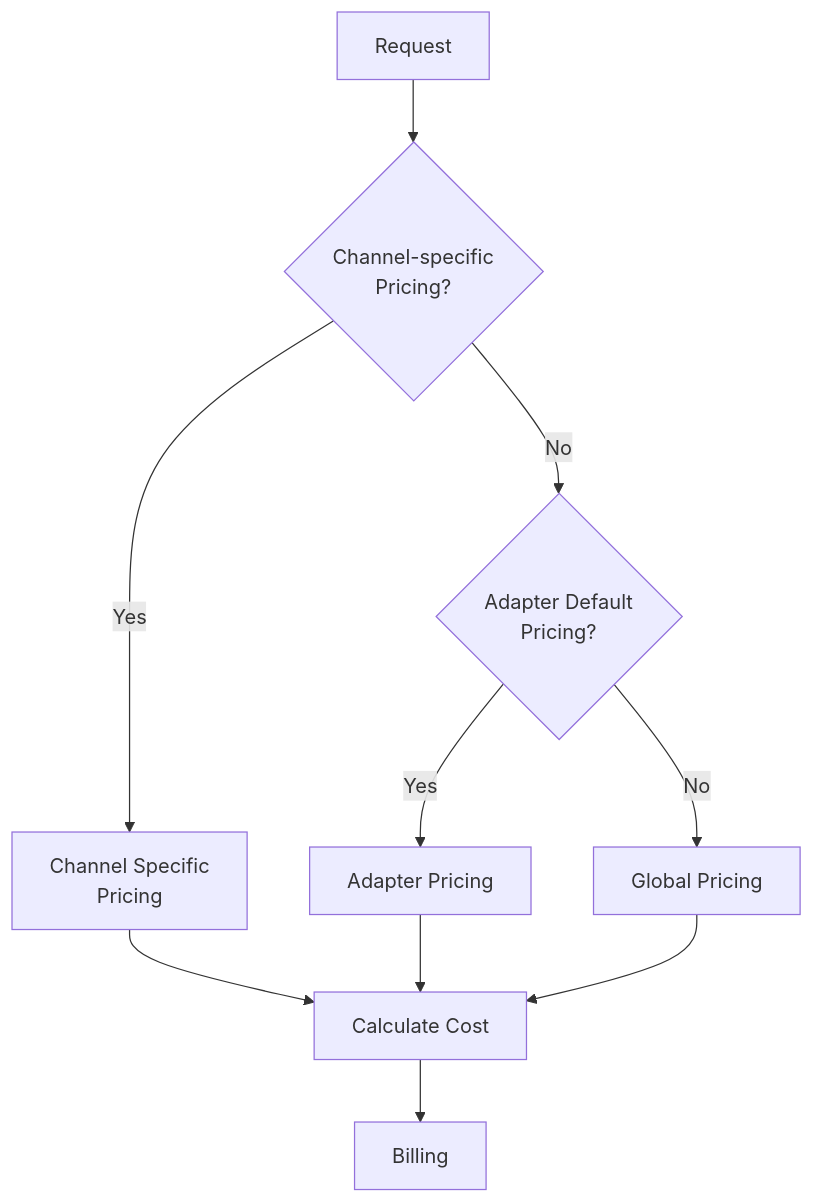
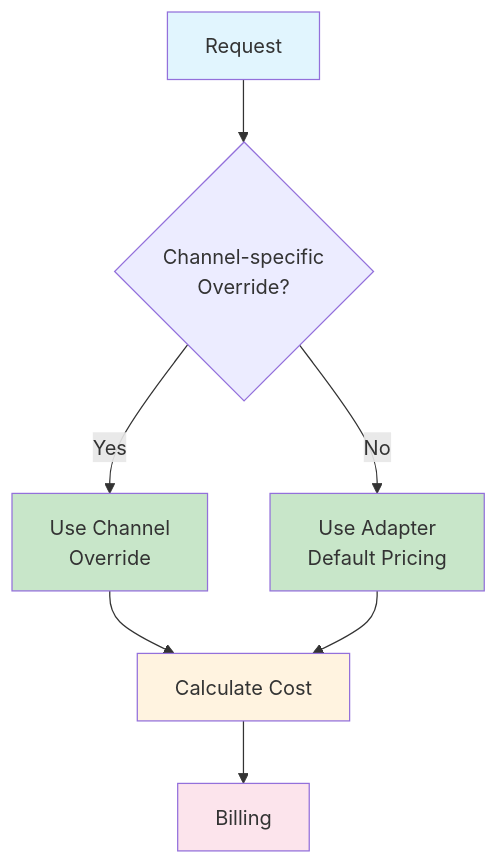
One commit to maru7777/one-api changed the third of 9 diagrams in docs/arch/billing.md. Above: the diagram before and after it, drawn with Mermaid. The commit also changed other lines of this file and 6 other files, not shown here.

````diff
--- a/docs/arch/billing.md
+++ b/docs/arch/billing.md
@@ -219,14 +225,17 @@
 ```mermaid
 graph TD
-    REQ[Request] --> CCP{Channel-specific<br/>Pricing?}
-    CCP -->|Yes| CSP[Channel Specific<br/>Pricing]
-    CCP -->|No| ADP{Adapter Default<br/>Pricing?}
-    ADP -->|Yes| ADAP[Adapter Pricing]
-    ADP -->|No| GP[Global Pricing]
+    REQ[Request] --> CCP{Channel-specific<br/>Override?}
+    CCP -->|Yes| CSP[Use Channel<br/>Override]
+    CCP -->|No| ADP[Use Adapter<br/>Default Pricing]
 
     CSP --> CALC[Calculate Cost]
-    ADAP --> CALC
-    GP --> CALC
+    ADP --> CALC
 
     CALC --> BILL[Billing]
+
+    style REQ fill:#e1f5fe
+    style CSP fill:#c8e6c9
+    style ADP fill:#c8e6c9
+    style CALC fill:#fff3e0
+    style BILL fill:#fce4ec
 ```
````
